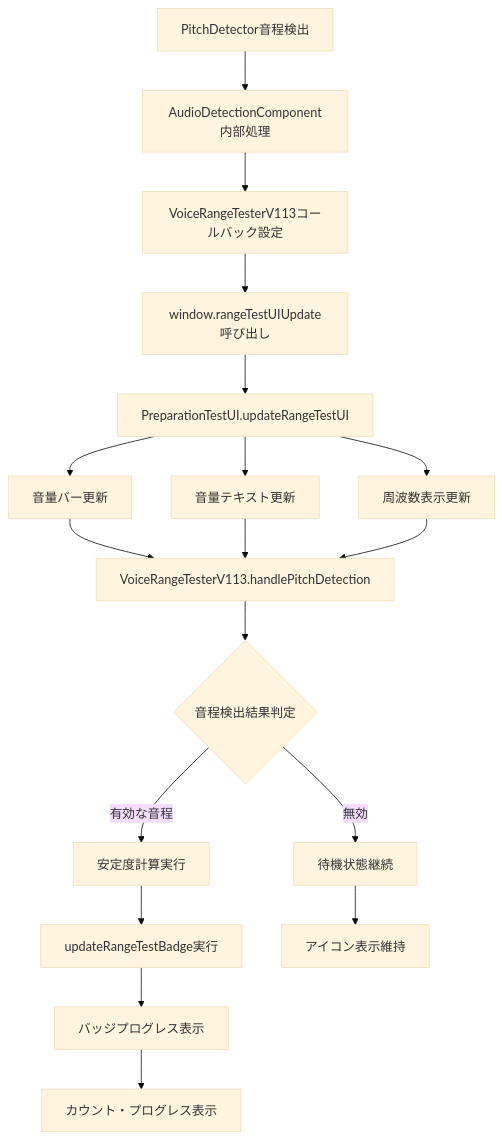
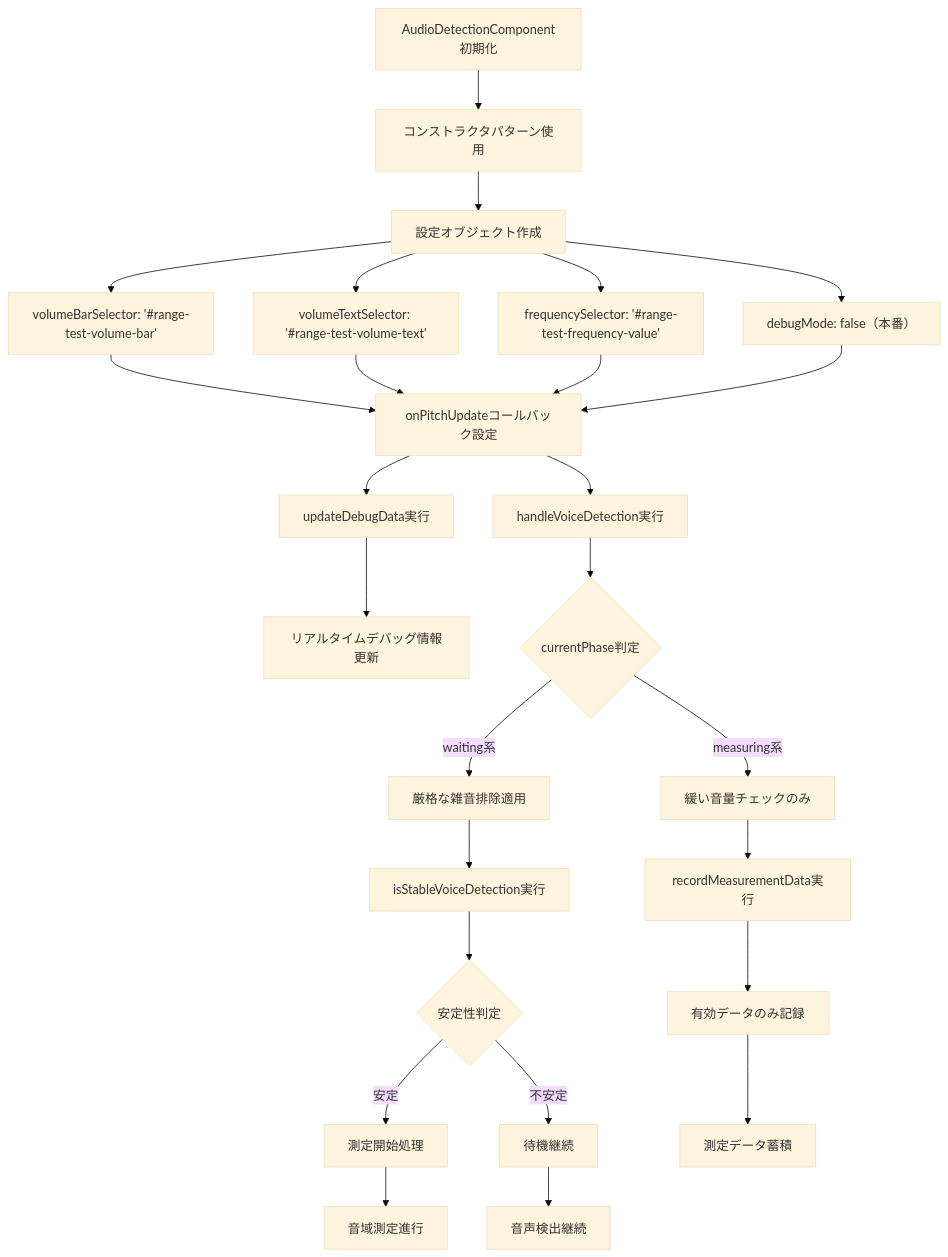
The fourth of 10 diagrams in VOICE_RANGE_TEST_FLOW_DIAGRAM.md (kiyopi/Relative-pitch-app), drawn with Mermaid (base theme) before and after one commit. The commit also changed other lines of this file and 79 other files, not shown here.

````diff
--- a/VOICE_RANGE_TEST_FLOW_DIAGRAM.md
+++ b/VOICE_RANGE_TEST_FLOW_DIAGRAM.md
@@ -142,25 +133,36 @@
 ```mermaid
 flowchart TD
-    A[PitchDetector音程検出] --> B[AudioDetectionComponent内部処理]
-    B --> C[VoiceRangeTesterV113コールバック設定]
-    C --> D["window.rangeTestUIUpdate呼び出し"]
-    
-    D --> E[PreparationTestUI.updateRangeTestUI]
-    E --> F[音量バー更新]
-    E --> G[音量テキスト更新]
-    E --> H[周波数表示更新]
-    
-    F --> I[VoiceRangeTesterV113.handlePitchDetection]
-    G --> I
-    H --> I
-    
-    I --> J{音程検出結果判定}
-    J -->|有効な音程| K[安定度計算実行]
-    J -->|無効| L[待機状態継続]
-    
-    K --> M[updateRangeTestBadge実行]
-    M --> N[バッジプログレス表示]
-    
-    L --> O[アイコン表示維持]
-    N --> P[カウント・プログレス表示]
+    A[AudioDetectionComponent初期化] --> B[コンストラクタパターン使用]
+    B --> C[設定オブジェクト作成]
+
+    C --> D["volumeBarSelector: '#range-test-volume-bar'"]
+    C --> E["volumeTextSelector: '#range-test-volume-text'"]
+    C --> F["frequencySelector: '#range-test-frequency-value'"]
+    C --> G["debugMode: false（本番）"]
+
+    D --> H[onPitchUpdateコールバック設定]
+    E --> H
+    F --> H
+    G --> H
+
+    H --> I[updateDebugData実行]
+    H --> J[handleVoiceDetection実行]
+
+    I --> K[リアルタイムデバッグ情報更新]
+    J --> L{currentPhase判定}
+
+    L -->|waiting系| M[厳格な雑音排除適用]
+    L -->|measuring系| N[緩い音量チェックのみ]
+
+    M --> O[isStableVoiceDetection実行]
+    O --> P{安定性判定}
+    P -->|安定| Q[測定開始処理]
+    P -->|不安定| R[待機継続]
+
+    N --> S[recordMeasurementData実行]
+    S --> T[有効データのみ記録]
+
+    Q --> U[音域測定進行]
+    R --> V[音声検出継続]
+    T --> W[測定データ蓄積]
 ```
````
